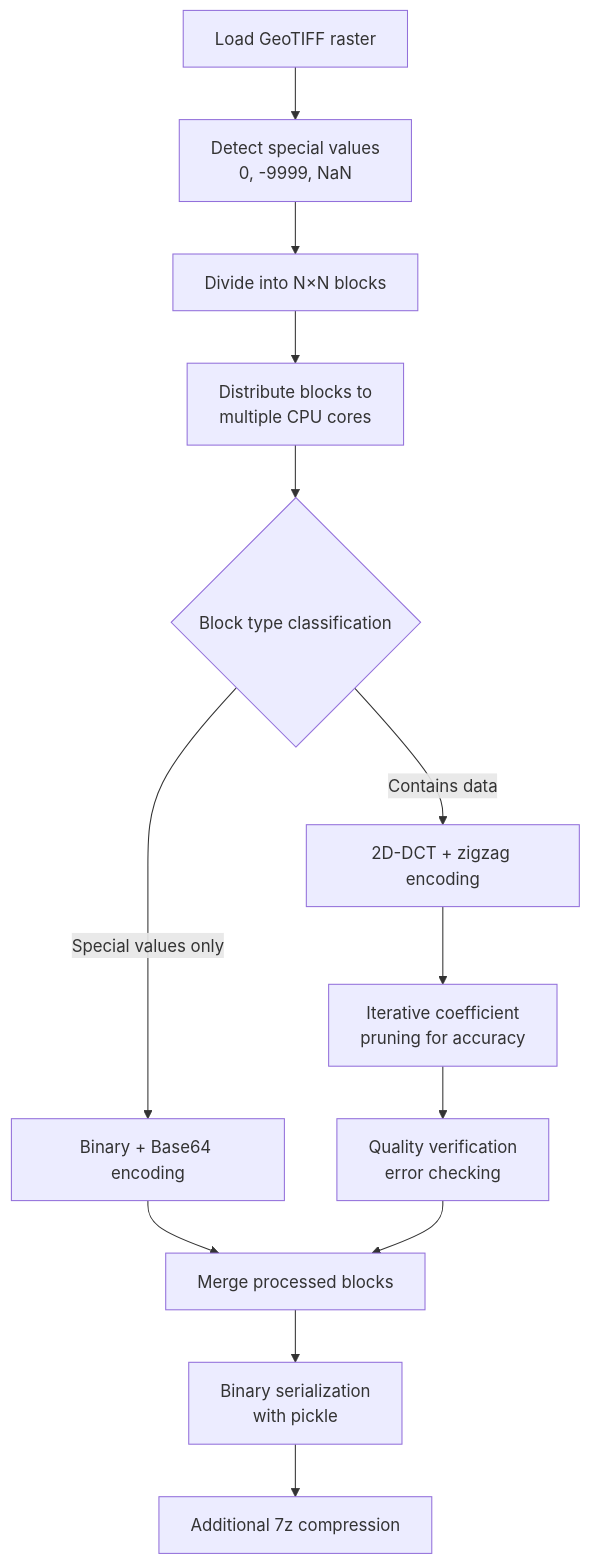
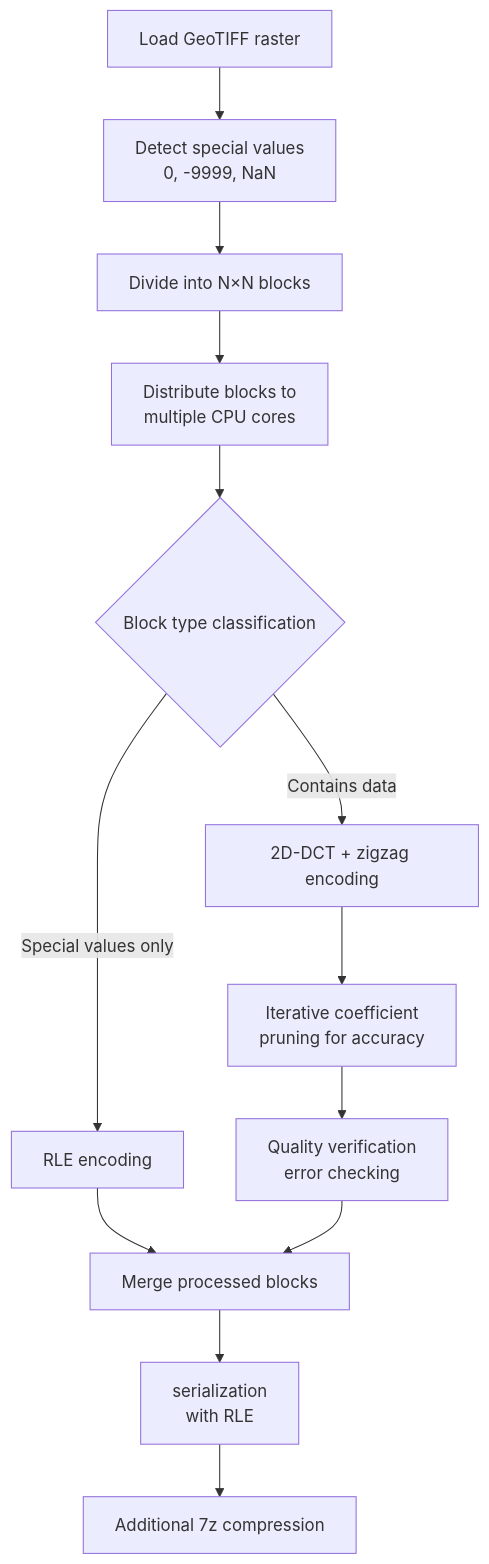
One commit to ZSIP/FIDWaC changed the second of 2 diagrams in README.md. Above: the diagram before and after it, drawn with Mermaid. The commit also changed other lines of this file, not shown here.

````diff
--- a/README.md
+++ b/README.md
@@ -186,15 +186,15 @@
 ```mermaid
 graph TB
     A[Load GeoTIFF raster] --> B[Detect special values<br>0, -9999, NaN]
     B --> C[Divide into N×N blocks]
     C --> D[Distribute blocks to<br>multiple CPU cores]
     D --> E{Block type classification}
-    E -->|Special values only| F1[Binary + Base64 encoding]
+    E -->|Special values only| F1[RLE encoding]
     E -->|Contains data| F2[2D-DCT + zigzag encoding]
     F2 --> G[Iterative coefficient<br>pruning for accuracy]
     G --> H[Quality verification<br>error checking]
     F1 --> I[Merge processed blocks]
     H --> I
-    I --> J[Binary serialization<br>with pickle]
+    I --> J[serialization<br>with RLE]
     J --> K[Additional 7z compression]
 ```
````
